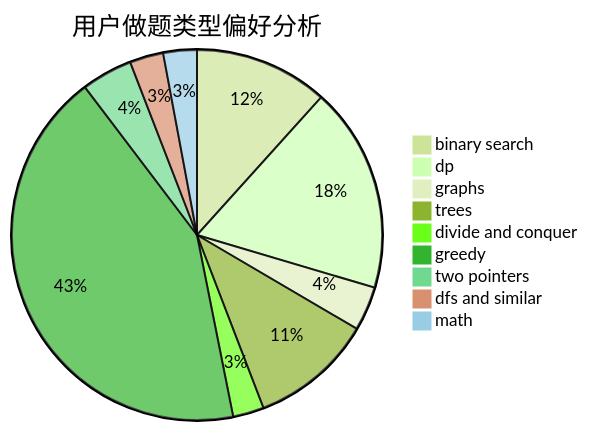
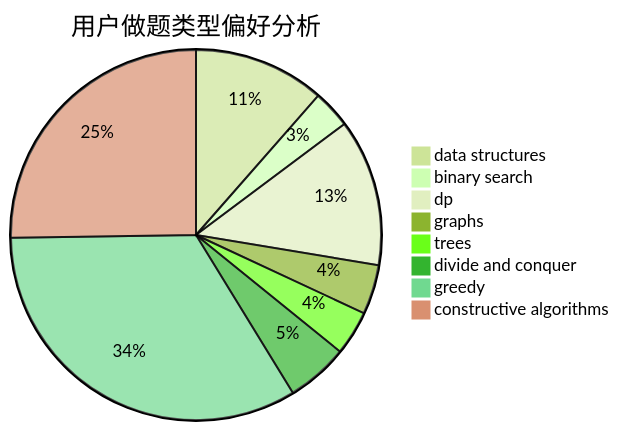
One commit to sherpahu/cfrs.github.io changed the second of 3 diagrams in docs/user/u923.md. Above: the diagram before and after it, drawn with Mermaid (forest theme). The commit also changed other lines of this file and 2775 other files, not shown here.

````diff
--- a/docs/user/u923.md
+++ b/docs/user/u923.md
@@ -23,12 +23,11 @@
 ```mermaid
 pie title 用户做题类型偏好分析
-    "binary search" :  354
-    "dp" :  543
-    "graphs" :  117
-    "trees" :  325
-    "divide and conquer" :  82
-    "greedy" :  1298
-    "two pointers" :  135
-    "dfs and similar" :  89
-    "math" :  89
+    "data structures" :  159
+    "binary search" :  46
+    "dp" :  178
+    "graphs" :  60
+    "trees" :  54
+    "divide and conquer" :  75
+    "greedy" :  465
+    "constructive algorithms" :  350
 ```
````
